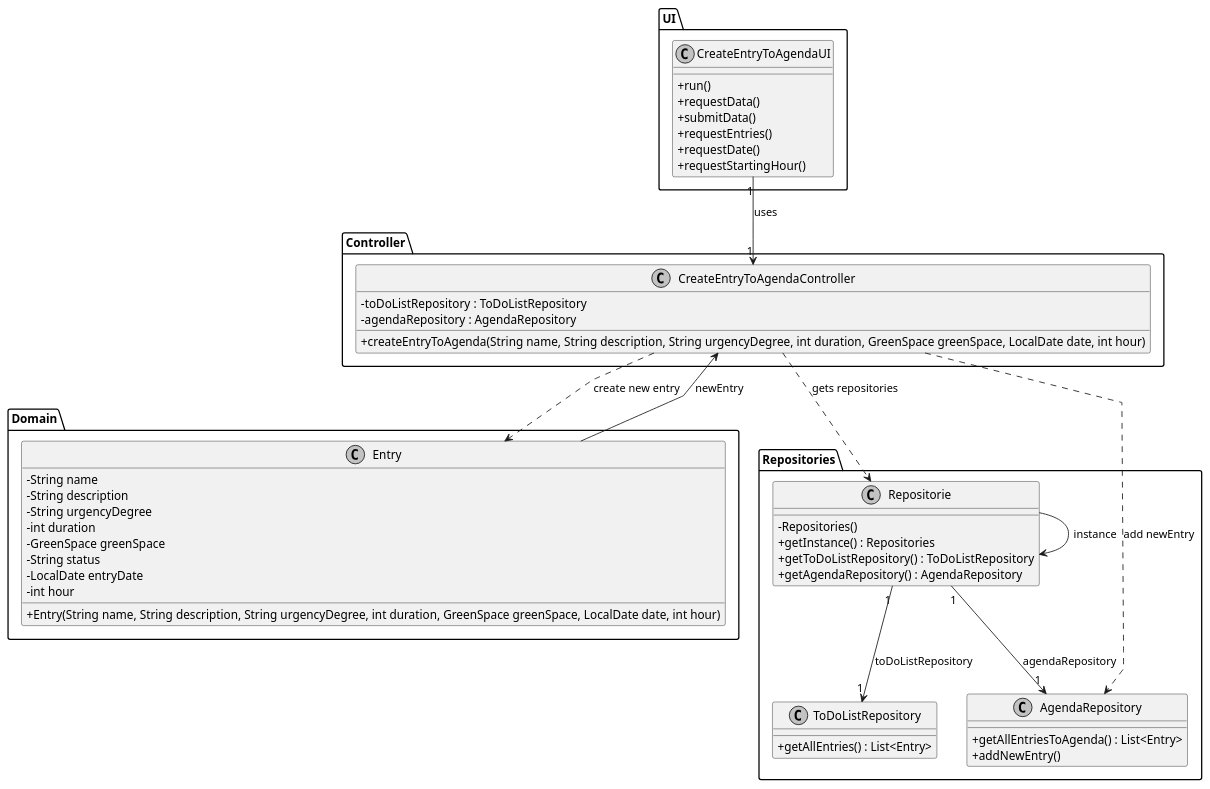
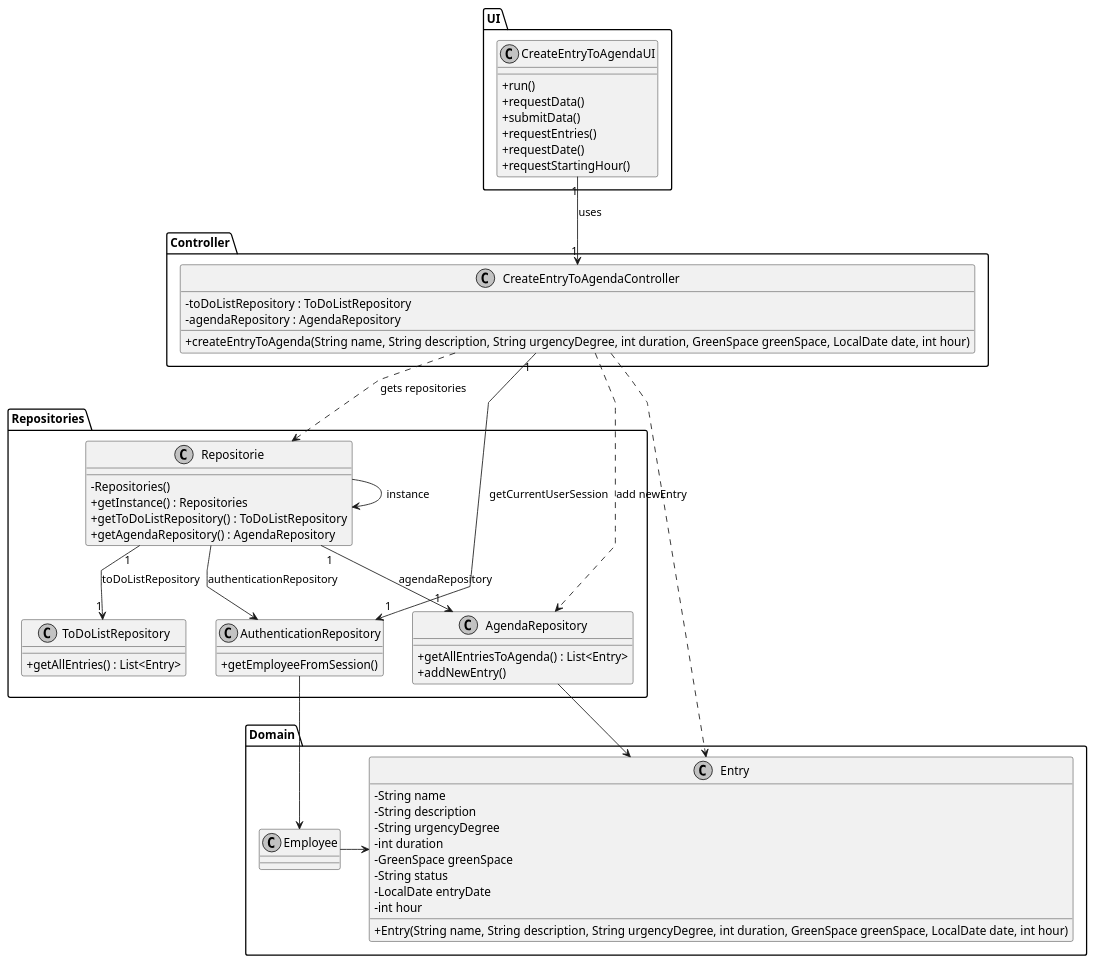
One commit to Paulo-Pereira-at-ISEP/lei-24-s2-1nanb-g321 changed the diagram in docs/sprintC/us22/03.design/puml/us22-class-diagram.puml. Above: the diagram before and after it, drawn with PlantUML. The commit also changed 2 other files, not shown here.

```diff
--- a/docs/sprintC/us22/03.design/puml/us22-class-diagram.puml
+++ b/docs/sprintC/us22/03.design/puml/us22-class-diagram.puml
@@ -1,72 +1,88 @@
 @startuml
 skinparam monochrome true
 skinparam packageStyle rectangle
 skinparam shadowing false
 skinparam linetype polyline
 skinparam classAttributeIconSize 0
 
 Package Controller <<Folder>>{
 class CreateEntryToAgendaController {
     - toDoListRepository : ToDoListRepository
     - agendaRepository : AgendaRepository
     + createEntryToAgenda(String name, String description, String urgencyDegree, int duration, GreenSpace greenSpace, LocalDate date, int hour)
 }
 }
 Package UI <<Folder>>{
 class CreateEntryToAgendaUI {
     + run()
     + requestData()
     + submitData()
     + requestEntries()
     + requestDate()
     + requestStartingHour()
 }
 }
 
 
 Package Domain <<Folder>>{
 class Entry {
     - String name
     - String description
     - String urgencyDegree
     - int duration
     - GreenSpace greenSpace
     - String status
     - LocalDate entryDate
     - int hour
     + Entry(String name, String description, String urgencyDegree, int duration, GreenSpace greenSpace, LocalDate date, int hour)
 
 }
 }
 Package Repositories <<Folder>>{
 class Repositorie {
     - Repositories()
     + getInstance() : Repositories
     + getToDoListRepository() : ToDoListRepository
     + getAgendaRepository() : AgendaRepository
 }
 }
 Package Repositories <<Folder>>{
 class ToDoListRepository {
     + getAllEntries() : List<Entry>
 }
 }
+Package Repositories <<Folder>>{
+class AuthenticationRepository{
+    + getEmployeeFromSession()
+}
+}
 
 Package Repositories <<Folder>>{
 class AgendaRepository {
     + getAllEntriesToAgenda() : List<Entry>
     + addNewEntry()
 }
 }
+Package Domain <<Folder>>{
+class Employee {
+}
+}
 
 CreateEntryToAgendaUI "1" --> "1" CreateEntryToAgendaController : uses
 CreateEntryToAgendaController ..> Repositorie : gets repositories
 Repositorie --> Repositorie : instance
+Repositorie --> AuthenticationRepository : authenticationRepository
+
 Repositorie "1" --> "1" ToDoListRepository : toDoListRepository
 Repositorie "1" --> "1" AgendaRepository : agendaRepository
+CreateEntryToAgendaController "1" --> "1" AuthenticationRepository : getCurrentUserSession
 
-CreateEntryToAgendaController ..> Entry : create new entry
-Entry --> CreateEntryToAgendaController : newEntry
+CreateEntryToAgendaController ..> Entry
+AuthenticationRepository --> Employee
+AgendaRepository --> Entry
+
+Employee -> Entry
+
 CreateEntryToAgendaController ..> AgendaRepository : add newEntry
 
 @enduml
```
